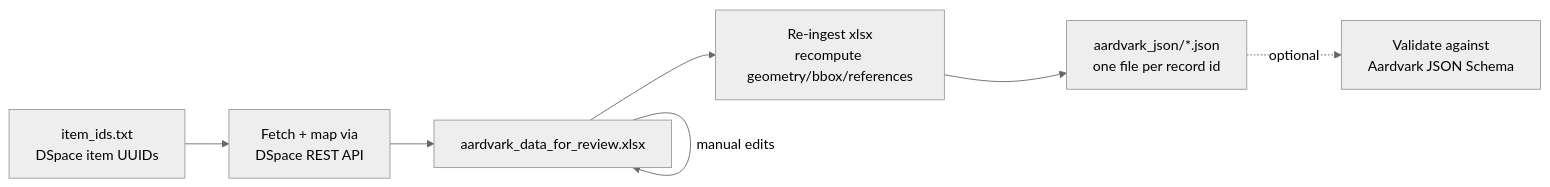
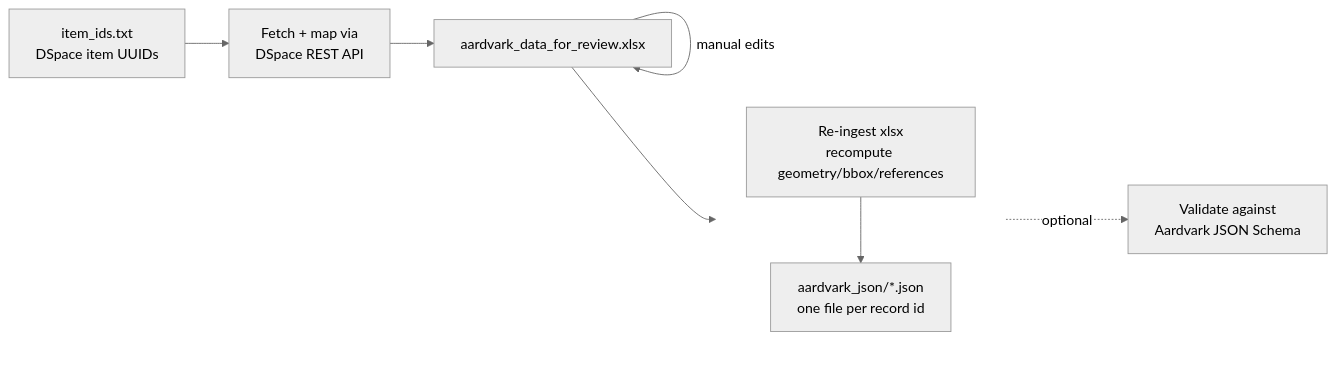
The diagram in ScholarWorks_Datasets/README.md (umass-gis/metadata-scripts), drawn with Mermaid (neutral theme) before and after one commit.

Commit message:
Update README.md
vert

````diff
--- a/ScholarWorks_Datasets/README.md
+++ b/ScholarWorks_Datasets/README.md
@@ -12,13 +12,18 @@
 ```mermaid
 flowchart LR
     A[item_ids.txt<br/>DSpace item UUIDs] --> B[Fetch + map via<br/>DSpace REST API]
     B --> C[aardvark_data_for_review.xlsx]
     C -->|manual edits| C
-    C --> D[Re-ingest xlsx<br/>recompute geometry/bbox/references]
     
-    %% Force E to sit directly below D
-    D ~~~ E
-    D --> E[aardvark_json/*.json<br/>one file per record id]
-    
+    %% Subgraph forces a vertical Top-to-Bottom flow for just D and E
+    subgraph vertical_stack [" "]
+        direction TB
+        D[Re-ingest xlsx<br/>recompute geometry/bbox/references] --> E[aardvark_json/*.json<br/>one file per record id]
+    end
+
+    C --> D
     E -.optional.-> F[Validate against<br/>Aardvark JSON Schema]
+
+    %% Hides the border of the subgraph container box
+    style vertical_stack fill:none,stroke:none
 ```
````
